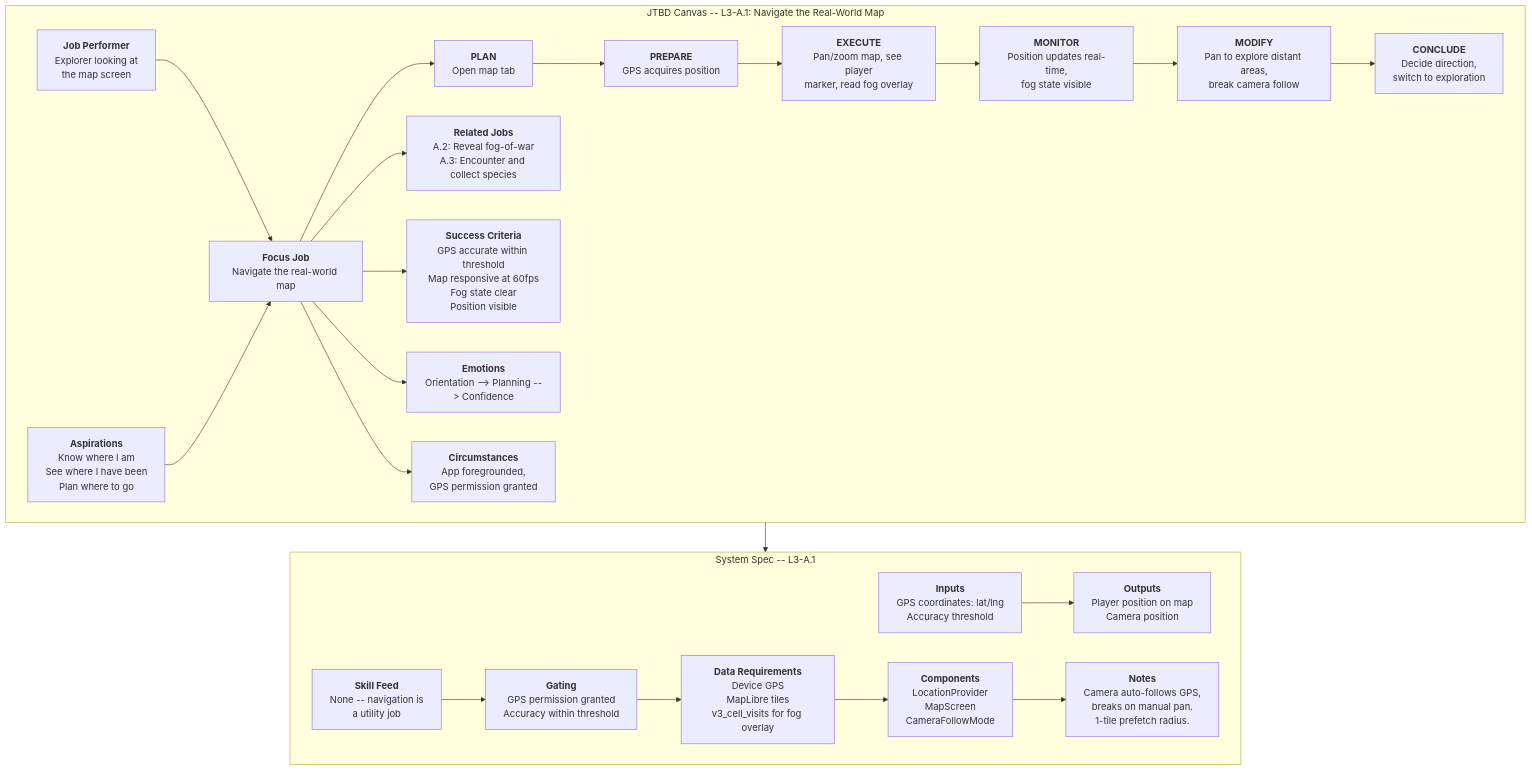
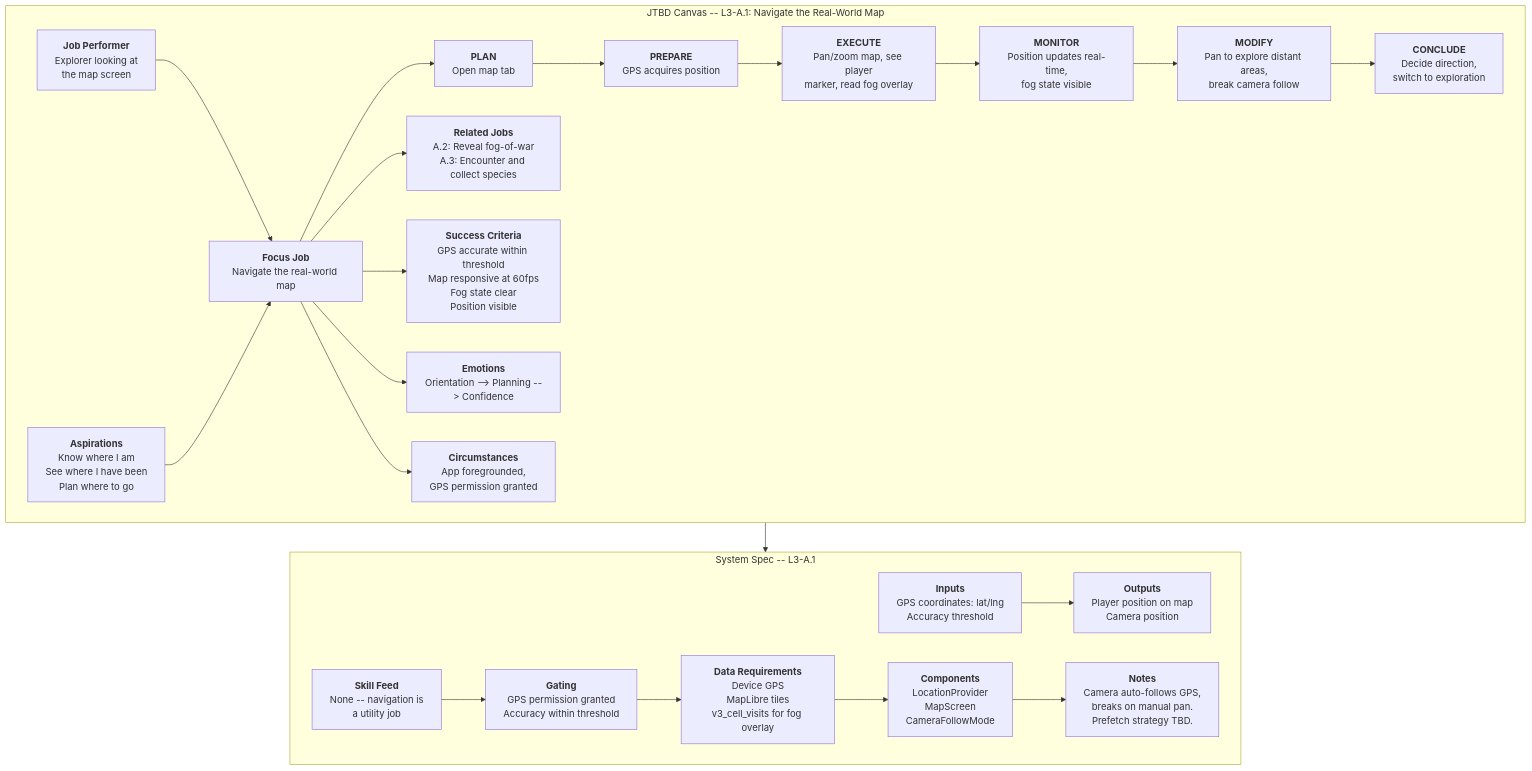
The diagram in docs/diagrams/problem/a1-navigate-map.mmd (JMLegere/geo-app), drawn with Mermaid before and after one commit. The commit also changed 27 other files, not shown here.

```diff
--- a/docs/diagrams/problem/a1-navigate-map.mmd
+++ b/docs/diagrams/problem/a1-navigate-map.mmd
@@ -1,43 +1,43 @@
 flowchart TD
     subgraph JTBD["JTBD Canvas -- L3-A.1: Navigate the Real-World Map"]
         JP["<b>Job Performer</b><br/>Explorer looking at<br/>the map screen"]
         ASP["<b>Aspirations</b><br/>Know where I am<br/>See where I have been<br/>Plan where to go"]
         FJ["<b>Focus Job</b><br/>Navigate the real-world map"]
         RJ["<b>Related Jobs</b><br/>A.2: Reveal fog-of-war<br/>A.3: Encounter and collect species"]
         PLAN["<b>PLAN</b><br/>Open map tab"]
         PREPARE["<b>PREPARE</b><br/>GPS acquires position"]
         EXECUTE["<b>EXECUTE</b><br/>Pan/zoom map, see player<br/>marker, read fog overlay"]
         MONITOR["<b>MONITOR</b><br/>Position updates real-time,<br/>fog state visible"]
         MODIFY["<b>MODIFY</b><br/>Pan to explore distant areas,<br/>break camera follow"]
         CONCLUDE["<b>CONCLUDE</b><br/>Decide direction,<br/>switch to exploration"]
         SC["<b>Success Criteria</b><br/>GPS accurate within threshold<br/>Map responsive at 60fps<br/>Fog state clear<br/>Position visible"]
         EM["<b>Emotions</b><br/>Orientation --> Planning --> Confidence"]
         CIRC["<b>Circumstances</b><br/>App foregrounded,<br/>GPS permission granted"]
 
         JP --> FJ
         ASP --> FJ
         FJ --> PLAN
         PLAN --> PREPARE --> EXECUTE --> MONITOR --> MODIFY --> CONCLUDE
         FJ --> RJ
         FJ --> SC
         FJ --> EM
         FJ --> CIRC
     end
 
     subgraph SystemSpec["System Spec -- L3-A.1"]
         IN["<b>Inputs</b><br/>GPS coordinates: lat/lng<br/>Accuracy threshold"]
         OUT["<b>Outputs</b><br/>Player position on map<br/>Camera position"]
         SF["<b>Skill Feed</b><br/>None -- navigation is<br/>a utility job"]
         GT["<b>Gating</b><br/>GPS permission granted<br/>Accuracy within threshold"]
         DR["<b>Data Requirements</b><br/>Device GPS<br/>MapLibre tiles<br/>v3_cell_visits for fog overlay"]
         COMP["<b>Components</b><br/>LocationProvider<br/>MapScreen<br/>CameraFollowMode"]
-        NOTES["<b>Notes</b><br/>Camera auto-follows GPS,<br/>breaks on manual pan.<br/>1-tile prefetch radius."]
+        NOTES["<b>Notes</b><br/>Camera auto-follows GPS,<br/>breaks on manual pan.<br/>Prefetch strategy TBD."]
 
         IN --> OUT
         SF --> GT
         GT --> DR
         DR --> COMP
         COMP --> NOTES
     end
 
     JTBD --> SystemSpec
```
